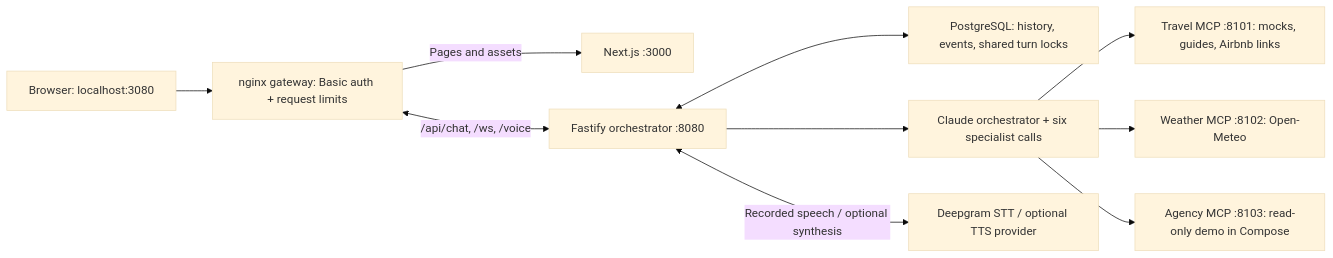
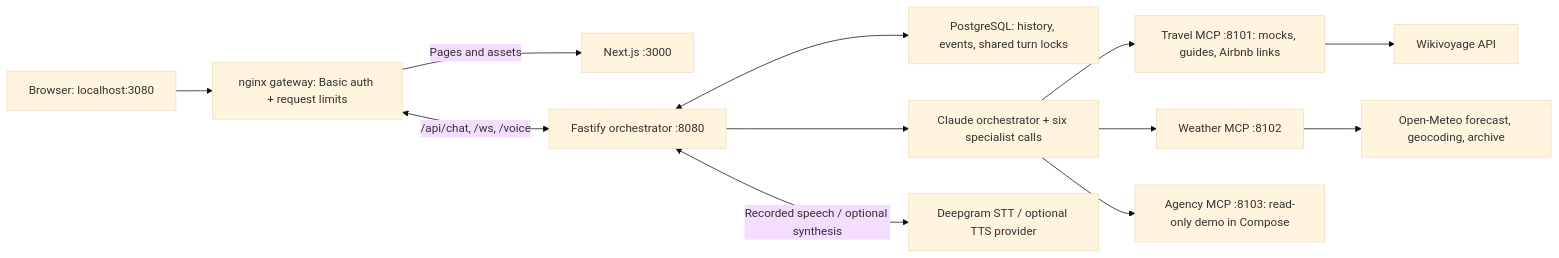
The diagram in README.md (rohansawant07/voice-agentic-ai), drawn with Mermaid (base theme) before and after one commit. The commit also changed other lines of this file and 4 other files, not shown here.

````diff
--- a/README.md
+++ b/README.md
@@ -60,12 +87,14 @@
 ```mermaid
 flowchart LR
   U["Browser: localhost:3080"] --> G["nginx gateway: Basic auth + request limits"]
   G -->|Pages and assets| WEB["Next.js :3000"]
   G <-->|"/api/chat, /ws, /voice"| O["Fastify orchestrator :8080"]
   O <--> DB["PostgreSQL: history, events, shared turn locks"]
   O --> AI["Claude orchestrator + six specialist calls"]
   O <-->|Recorded speech / optional synthesis| VOICE["Deepgram STT / optional TTS provider"]
   AI --> T["Travel MCP :8101: mocks, guides, Airbnb links"]
-  AI --> W["Weather MCP :8102: Open-Meteo"]
+  T --> WV["Wikivoyage API"]
+  AI --> W["Weather MCP :8102"]
+  W --> OM["Open-Meteo forecast, geocoding, archive"]
   AI --> A["Agency MCP :8103: read-only demo in Compose"]
 ```
````
